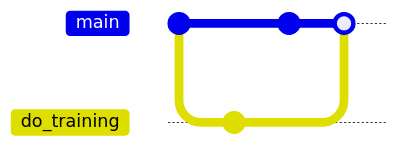
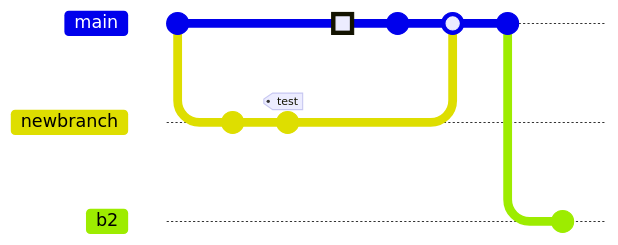
The second of 2 diagrams in README.md (aiAdrian/flatland_solver_policy), drawn with Mermaid before and after one commit. Commit ids are hidden.

````diff
--- a/README.md
+++ b/README.md
@@ -32,10 +32,15 @@
 ```mermaid
 gitGraph:
-    commit "Adrian"
-    branch "do_training"
-    checkout "do_training"
-    commit id:"1111" 
-    checkout main 
-    commit id:"2222" 
-    merge "do_training"
+    commit "Ashish"
+    branch newbranch
+    checkout newbranch
+    commit id:"1111"
+    commit tag:"test"
+    checkout main
+    commit type: HIGHLIGHT
+    commit
+    merge newbranch
+    commit
+    branch b2
+    commit
 ```
````
